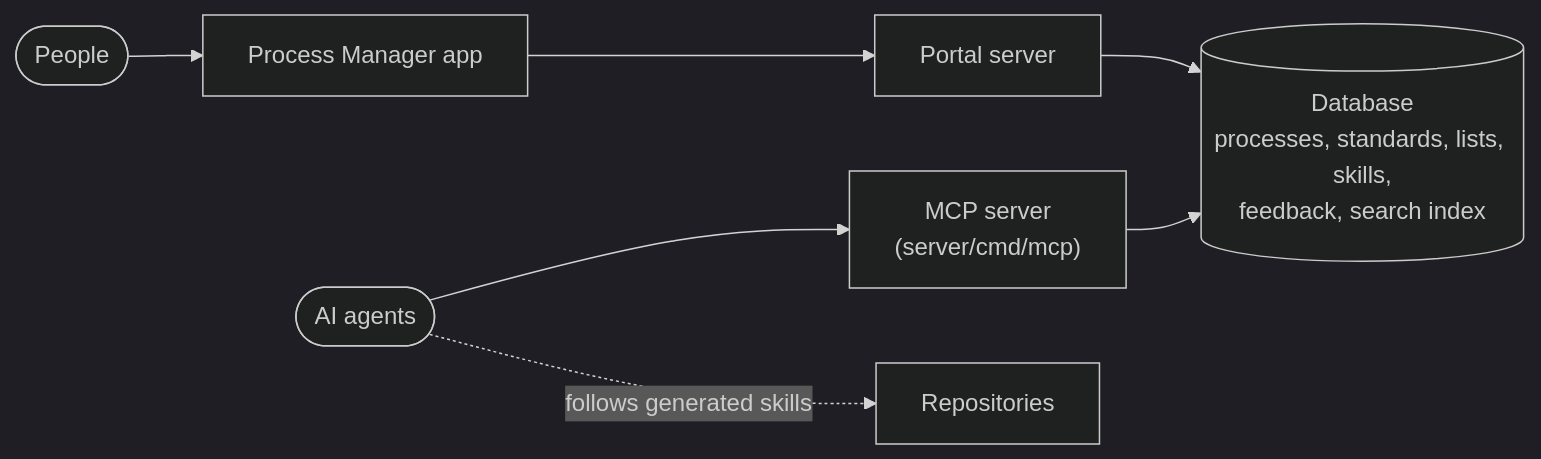
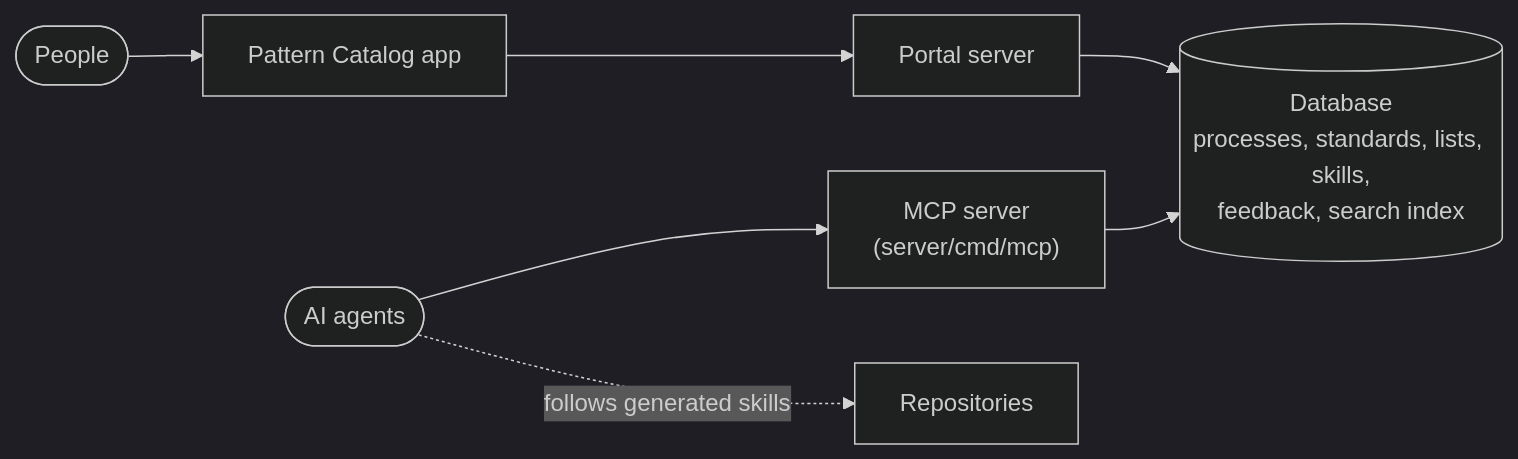
Before and after one commit to kubek80/process-manager: the diagram in docs/mcp.md, drawn with Mermaid (dark theme). The commit also changed other lines of this file and 116 other files, not shown here.

First line of the commit message:
Pattern Catalog, Patterns, and Services (work in progress)

````diff
--- a/docs/mcp.md
+++ b/docs/mcp.md
@@ -5,9 +5,9 @@
 ```mermaid
 flowchart LR
   db[("Database<br/>processes, standards, lists, skills,<br/>feedback, search index")]
-  app["Process Manager app"] --> server["Portal server"] --> db
+  app["Pattern Catalog app"] --> server["Portal server"] --> db
   mcp["MCP server<br/>(server/cmd/mcp)"] --> db
   human(["People"]) --> app
   agent(["AI agents"]) --> mcp
   agent -. "follows generated skills" .-> repos["Repositories"]
 ```
````
